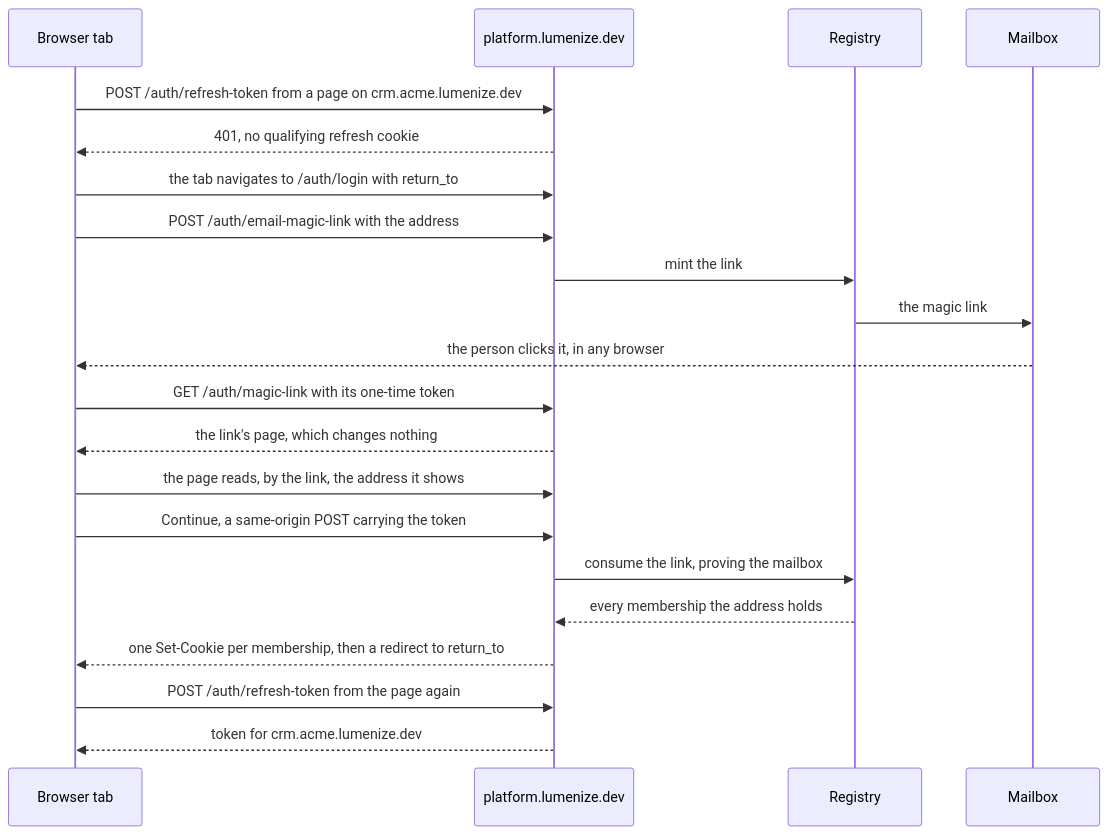
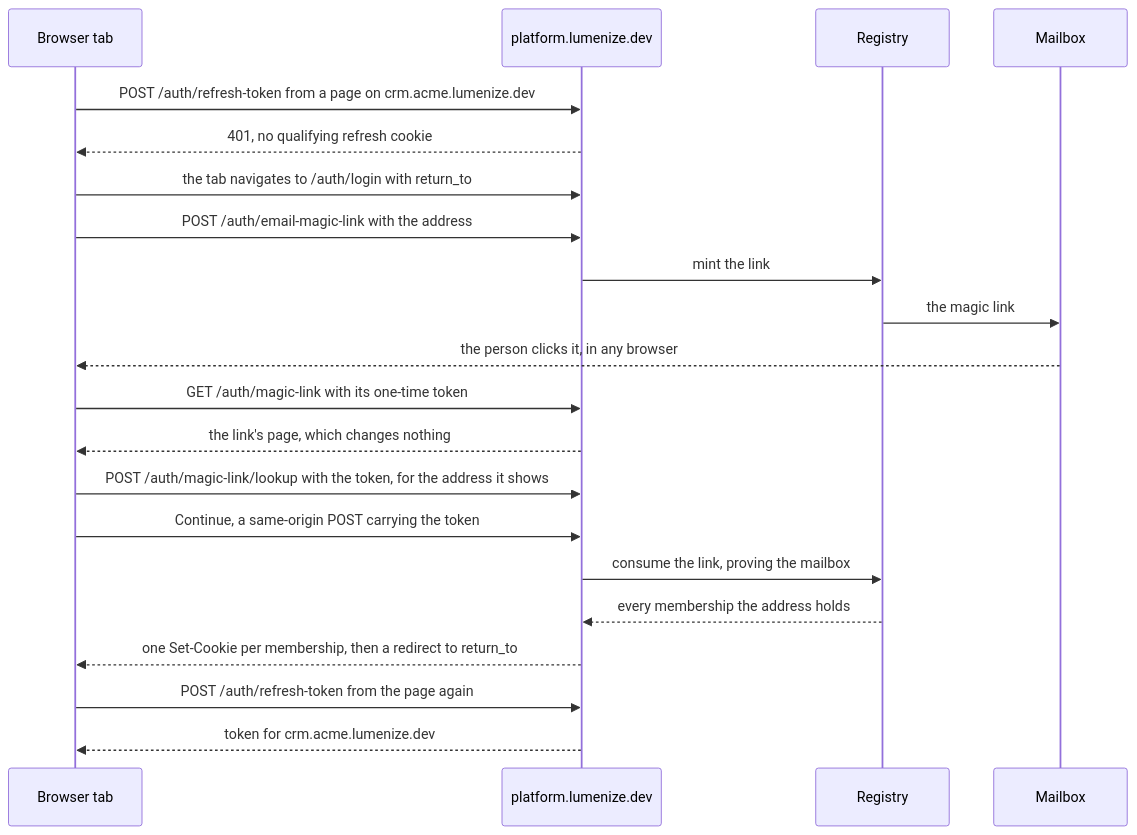
One commit to lumenize/lumenize changed the second of 3 diagrams in tasks/nebula-scope-moves-to-subdomain.md. Above: the diagram before and after it, drawn with Mermaid. The commit also changed other lines of this file, not shown here.

First line of the commit message:
docs(tasks): nebula-scope-moves-to-subdomain makes every emailed link a magic link

````diff
--- a/tasks/nebula-scope-moves-to-subdomain.md
+++ b/tasks/nebula-scope-moves-to-subdomain.md
@@ -186,23 +186,23 @@
 ```mermaid
 sequenceDiagram
     participant B as Browser tab
     participant PH as platform.lumenize.dev
     participant R as Registry
     participant M as Mailbox
     B->>PH: POST /auth/refresh-token from a page on crm.acme.lumenize.dev
     PH-->>B: 401, no qualifying refresh cookie
     B->>PH: the tab navigates to /auth/login with return_to
     B->>PH: POST /auth/email-magic-link with the address
     PH->>R: mint the link
     R->>M: the magic link
     M-->>B: the person clicks it, in any browser
     B->>PH: GET /auth/magic-link with its one-time token
     PH-->>B: the link's page, which changes nothing
-    B->>PH: the page reads, by the link, the address it shows
+    B->>PH: POST /auth/magic-link/lookup with the token, for the address it shows
     B->>PH: Continue, a same-origin POST carrying the token
     PH->>R: consume the link, proving the mailbox
     R-->>PH: every membership the address holds
     PH-->>B: one Set-Cookie per membership, then a redirect to return_to
     B->>PH: POST /auth/refresh-token from the page again
     PH-->>B: token for crm.acme.lumenize.dev
 ```
````
